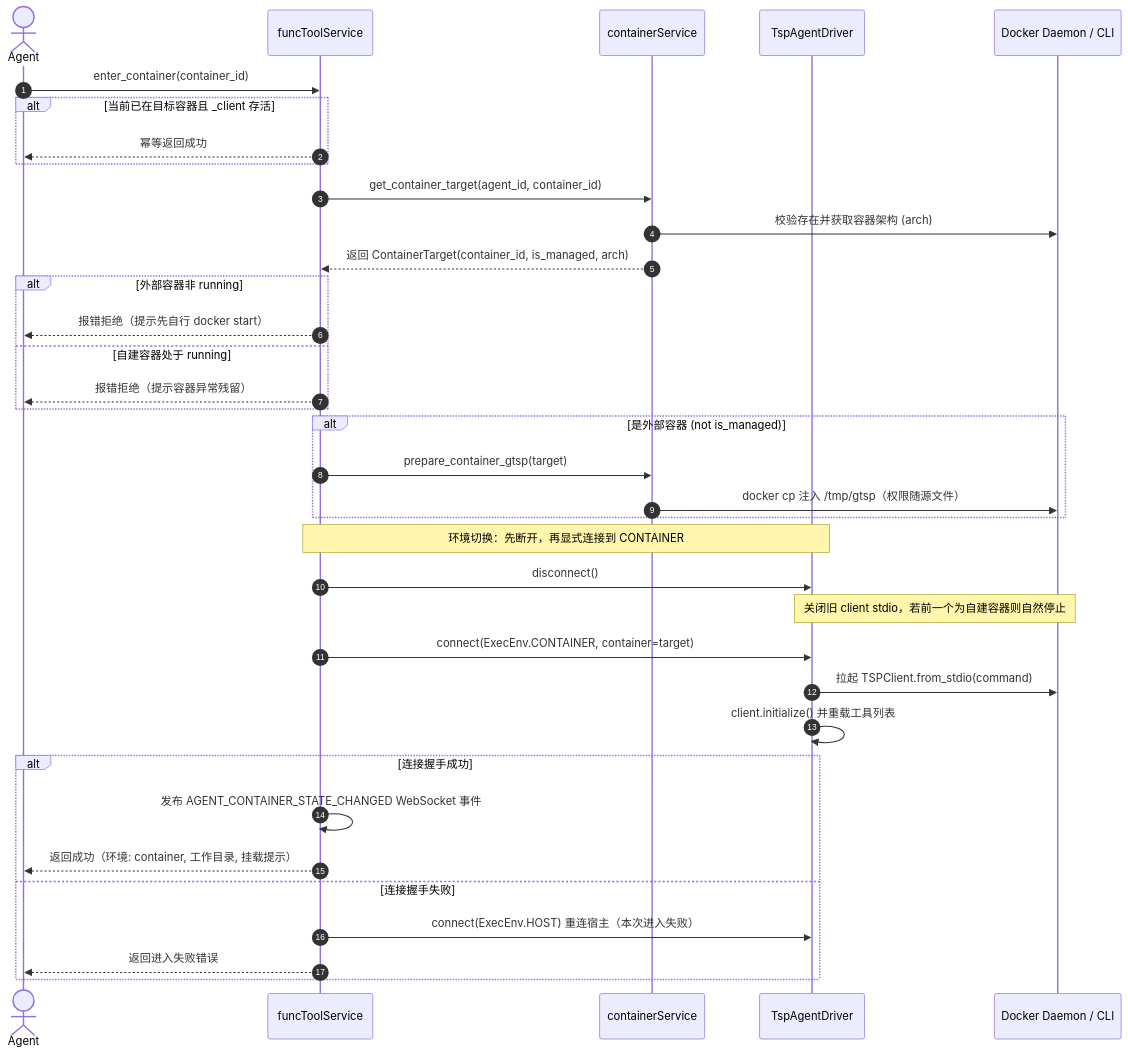
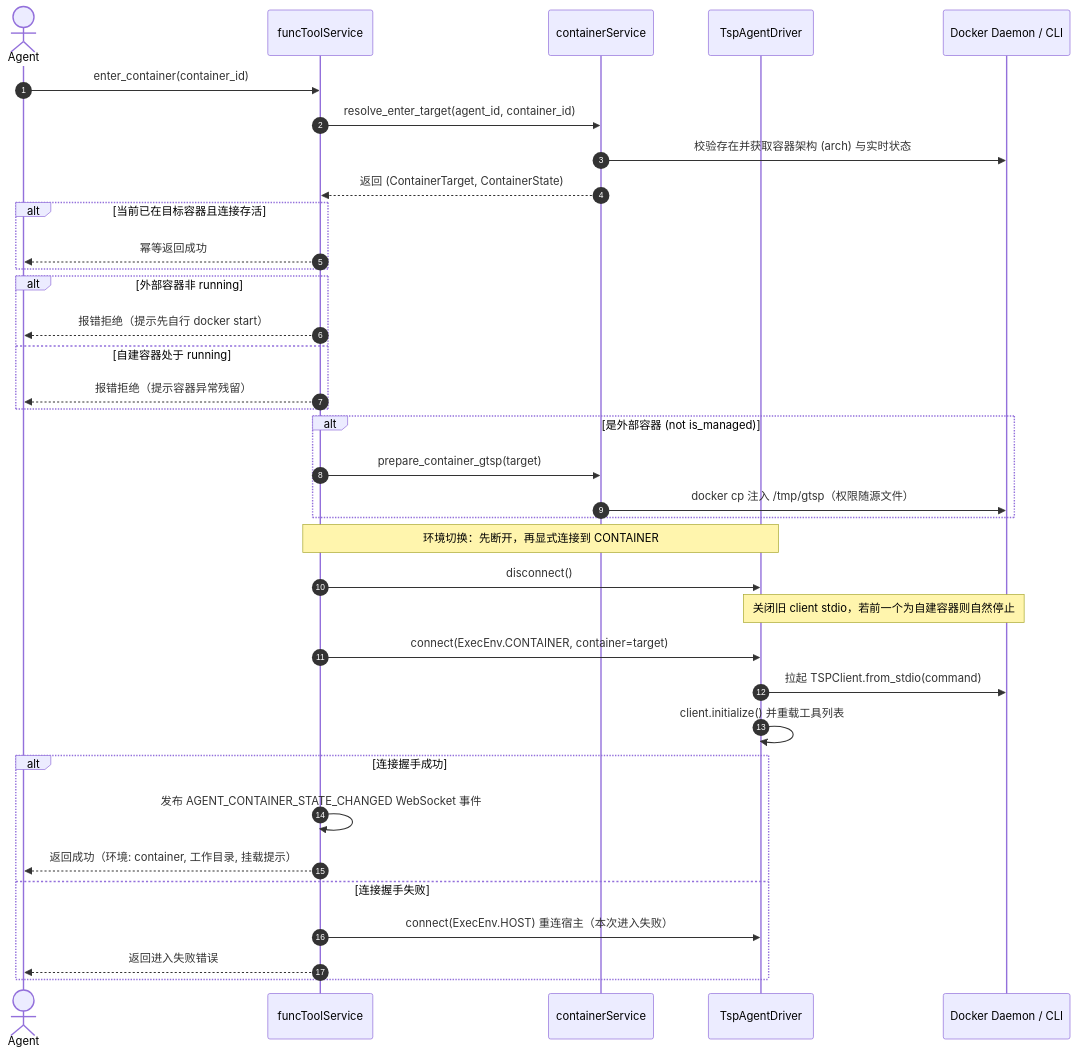
Before and after one commit to alexazhou/TogoSpace: the diagram in docs/design/2026-10-31-docker-agent-sandbox/step2_technical.md, drawn with Mermaid. The commit also changed other lines of this file and 25 other files, not shown here.

````diff
--- a/docs/design/2026-10-31-docker-agent-sandbox/step2_technical.md
+++ b/docs/design/2026-10-31-docker-agent-sandbox/step2_technical.md
@@ -257,43 +262,43 @@
 ```mermaid
 sequenceDiagram
     autonumber
     actor Agent
     participant Tool as funcToolService
     participant CS as containerService
     participant Driver as TspAgentDriver
     participant Docker as Docker Daemon / CLI
 
     Agent->>Tool: enter_container(container_id)
-    alt 当前已在目标容器且 _client 存活
+    Tool->>CS: resolve_enter_target(agent_id, container_id)
+    CS->>Docker: 校验存在并获取容器架构 (arch) 与实时状态
+    CS-->>Tool: 返回 (ContainerTarget, ContainerState)
+    alt 当前已在目标容器且连接存活
         Tool-->>Agent: 幂等返回成功
     end
-    Tool->>CS: get_container_target(agent_id, container_id)
-    CS->>Docker: 校验存在并获取容器架构 (arch)
-    CS-->>Tool: 返回 ContainerTarget(container_id, is_managed, arch)
-    
+
     alt 外部容器非 running
         Tool-->>Agent: 报错拒绝（提示先自行 docker start）
     else 自建容器处于 running
         Tool-->>Agent: 报错拒绝（提示容器异常残留）
     end
 
     alt 是外部容器 (not is_managed)
         Tool->>CS: prepare_container_gtsp(target)
         CS->>Docker: docker cp 注入 /tmp/gtsp（权限随源文件）
     end
 
     Note over Tool,Driver: 环境切换：先断开，再显式连接到 CONTAINER
     Tool->>Driver: disconnect()
     Note over Driver,Docker: 关闭旧 client stdio，若前一个为自建容器则自然停止
     Tool->>Driver: connect(ExecEnv.CONTAINER, container=target)
     Driver->>Docker: 拉起 TSPClient.from_stdio(command)
     Driver->>Driver: client.initialize() 并重载工具列表
     
     alt 连接握手成功
         Tool->>Tool: 发布 AGENT_CONTAINER_STATE_CHANGED WebSocket 事件
         Tool-->>Agent: 返回成功（环境: container, 工作目录, 挂载提示）
     else 连接握手失败
         Tool->>Driver: connect(ExecEnv.HOST) 重连宿主（本次进入失败）
         Tool-->>Agent: 返回进入失败错误
     end
 ```
````
